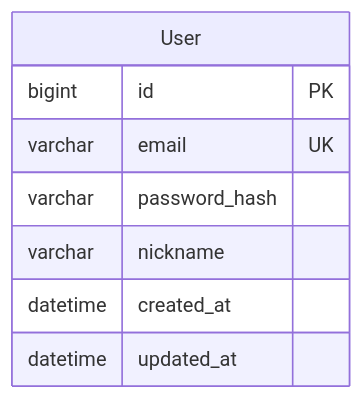
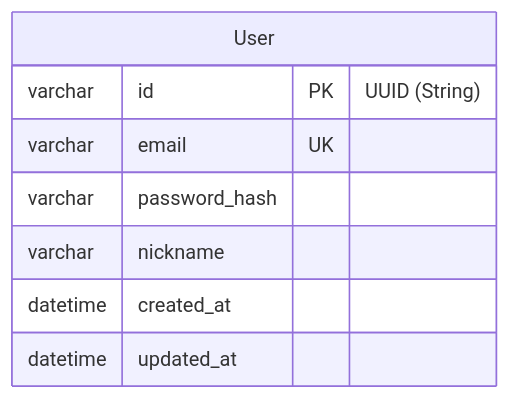
Before and after one commit to citron0137/exp-message: the first of 2 diagrams in 00-docs/patch/2026-01-06-05-데이터구조설계.md, drawn with Mermaid. The commit also changed other lines of this file and 17 other files, not shown here.

````diff
--- a/00-docs/patch/2026-01-06-05-데이터구조설계.md
+++ b/00-docs/patch/2026-01-06-05-데이터구조설계.md
@@ -29,11 +30,11 @@
 ```mermaid
 erDiagram
     User {
-        bigint id PK
+        varchar id PK "UUID (String)"
         varchar email UK
         varchar password_hash
         varchar nickname
         datetime created_at
         datetime updated_at
     }
 ```
````
